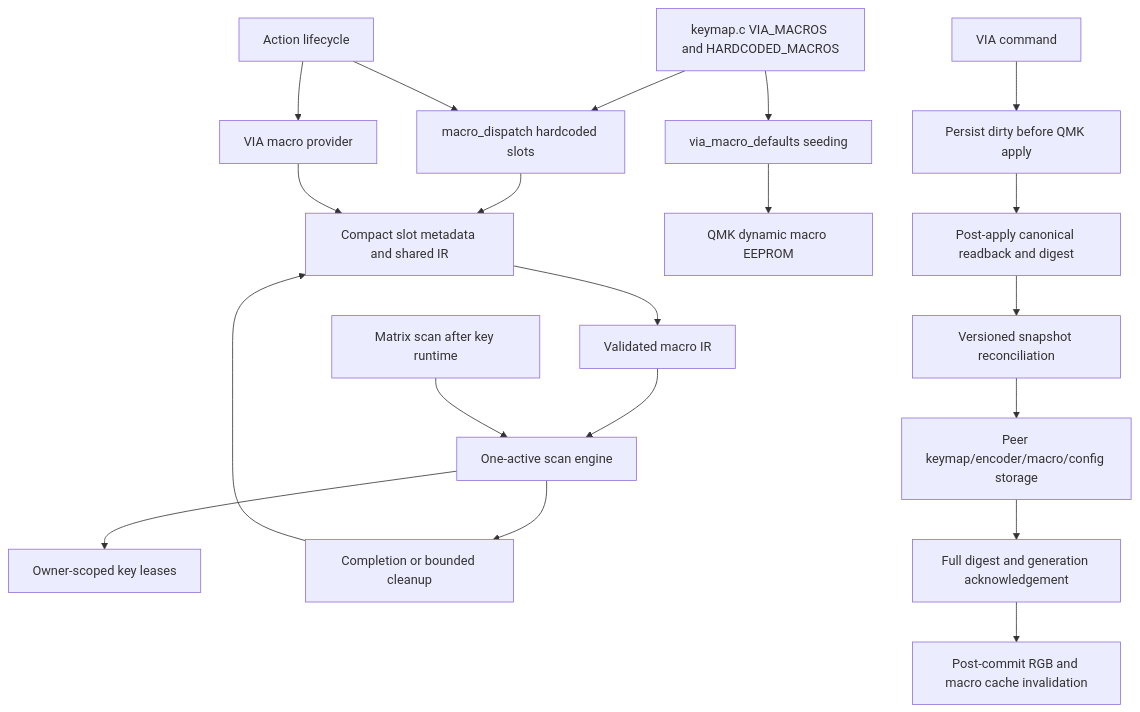
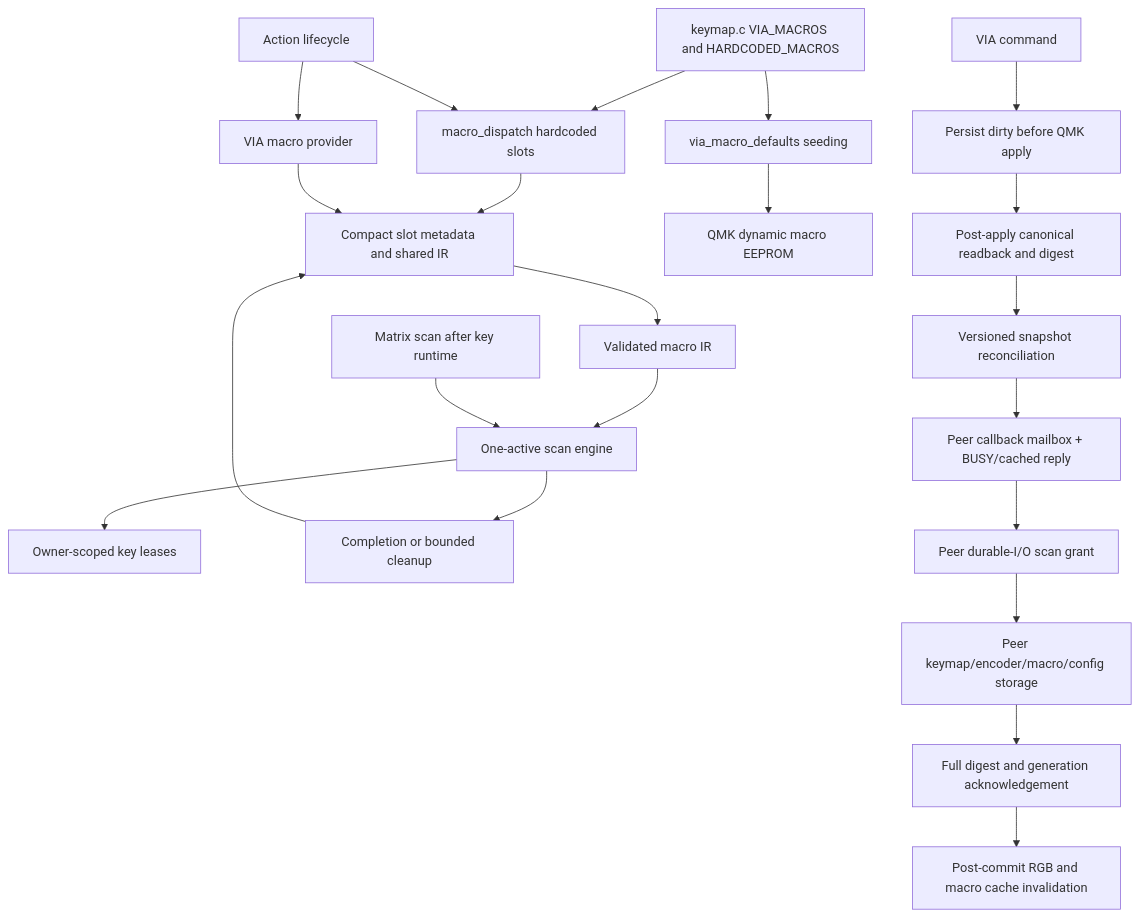
Before and after one commit to NoahCLR/charybdis-4x6: the ninth of 11 diagrams in docs/architecture/runtime-flow.md, drawn with Mermaid. The commit also changed other lines of this file and 24 other files, not shown here.

Commit message:
Defer split storage to scan scheduler

````diff
--- a/docs/architecture/runtime-flow.md
+++ b/docs/architecture/runtime-flow.md
@@ -222,22 +232,24 @@
 ```mermaid
 flowchart TD
     keymap["keymap.c VIA_MACROS and HARDCODED_MACROS"] --> hardcoded["macro_dispatch hardcoded slots"]
     keymap --> via_defaults["via_macro_defaults seeding"]
     action["Action lifecycle"] --> via_play["VIA macro provider"]
     action --> hardcoded
     hardcoded --> provider["Compact slot metadata and shared IR"]
     via_play --> provider
     provider --> payload["Validated macro IR"]
     payload --> engine["One-active scan engine"]
     scan["Matrix scan after key runtime"] --> engine
     engine --> leases["Owner-scoped key leases"]
     engine --> finish["Completion or bounded cleanup"]
     finish --> provider
     via_defaults --> storage["QMK dynamic macro EEPROM"]
     via_command["VIA command"] --> dirty["Persist dirty before QMK apply"]
     dirty --> committed["Post-apply canonical readback and digest"]
     committed --> via_split["Versioned snapshot reconciliation"]
-    via_split --> slave["Peer keymap/encoder/macro/config storage"]
+    via_split --> callback["Peer callback mailbox + BUSY/cached reply"]
+    callback --> scheduler["Peer durable-I/O scan grant"]
+    scheduler --> slave["Peer keymap/encoder/macro/config storage"]
     slave --> verify["Full digest and generation acknowledgement"]
     verify --> rgb_invalidate["Post-commit RGB and macro cache invalidation"]
 ```
````
